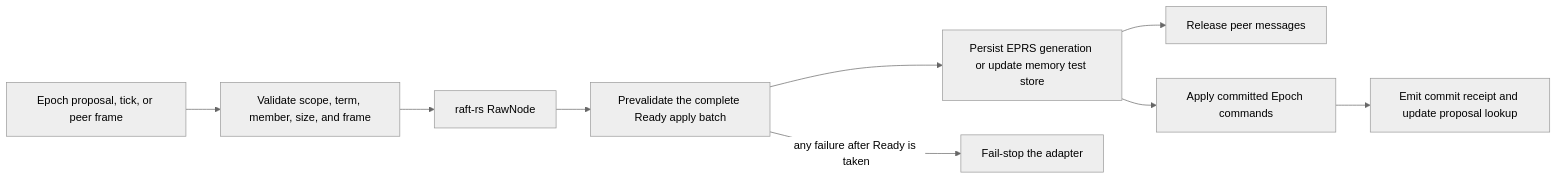
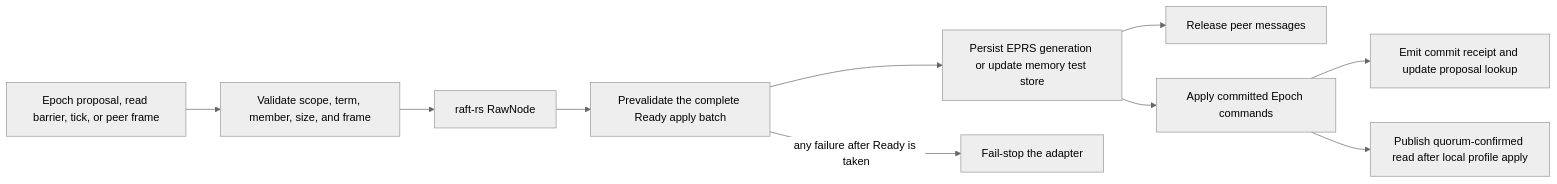
One commit to Ripan-Roy/epoch changed the diagram in docs/CONSENSUS_SPIKE.md. Above: the diagram before and after it, drawn with Mermaid (neutral theme). The commit also changed other lines of this file and 35 other files, not shown here.

Commit message:
Add quorum-confirmed regional read barriers

````diff
--- a/docs/CONSENSUS_SPIKE.md
+++ b/docs/CONSENSUS_SPIKE.md
@@ -105,11 +107,12 @@
 ```mermaid
 flowchart LR
-    Input["Epoch proposal, tick, or peer frame"] --> Validate["Validate scope, term, member, size, and frame"]
+    Input["Epoch proposal, read barrier, tick, or peer frame"] --> Validate["Validate scope, term, member, size, and frame"]
     Validate --> Raft["raft-rs RawNode"]
     Raft --> Ready["Prevalidate the complete Ready apply batch"]
     Ready --> Store["Persist EPRS generation or update memory test store"]
     Store --> Messages["Release peer messages"]
     Store --> Apply["Apply committed Epoch commands"]
     Apply --> Receipt["Emit commit receipt and update proposal lookup"]
+    Apply --> Barrier["Publish quorum-confirmed read after local profile apply"]
     Ready -->|any failure after Ready is taken| Stop["Fail-stop the adapter"]
 ```
````
